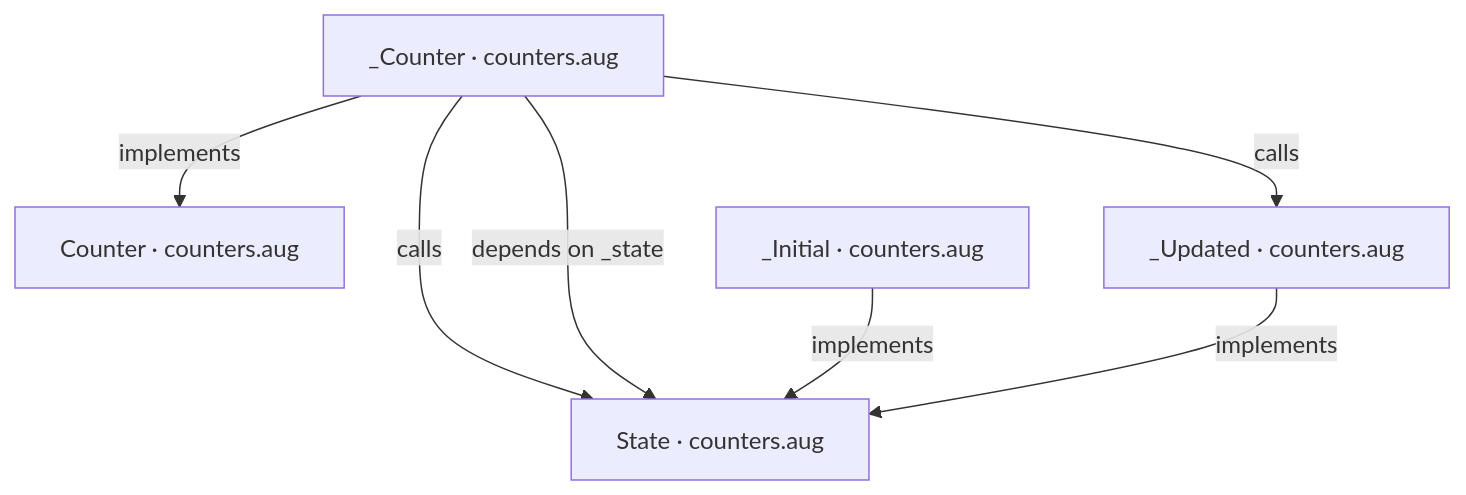
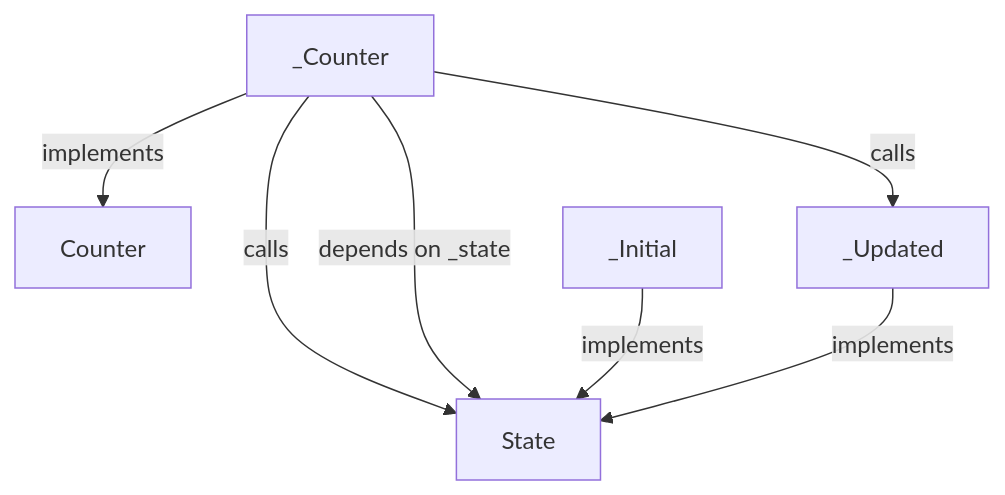
The first of 4 diagrams in docs/examples/approved-design/counters-diagrams.md (GreenPandaStudios/augscript), drawn with Mermaid before and after one commit. The commit also changed other lines of this file and 524 other files, not shown here.

Commit message:
Explain checked data flow at folder and service levels

````diff
--- a/docs/examples/approved-design/counters-diagrams.md
+++ b/docs/examples/approved-design/counters-diagrams.md
@@ -19,14 +19,14 @@
 ```mermaid
 flowchart TD
-    n0["Counter · counters.aug"]
-    n1["State · counters.aug"]
-    n2["_Counter · counters.aug"]
-    n3["_Initial · counters.aug"]
-    n4["_Updated · counters.aug"]
+    n0["Counter"]
+    n1["State"]
+    n2["_Counter"]
+    n3["_Initial"]
+    n4["_Updated"]
     n2 -->|"implements"| n0
     n2 -->|"calls"| n1
     n2 -->|"depends on _state"| n1
     n2 -->|"calls"| n4
     n3 -->|"implements"| n1
     n4 -->|"implements"| n1
 ```
````
